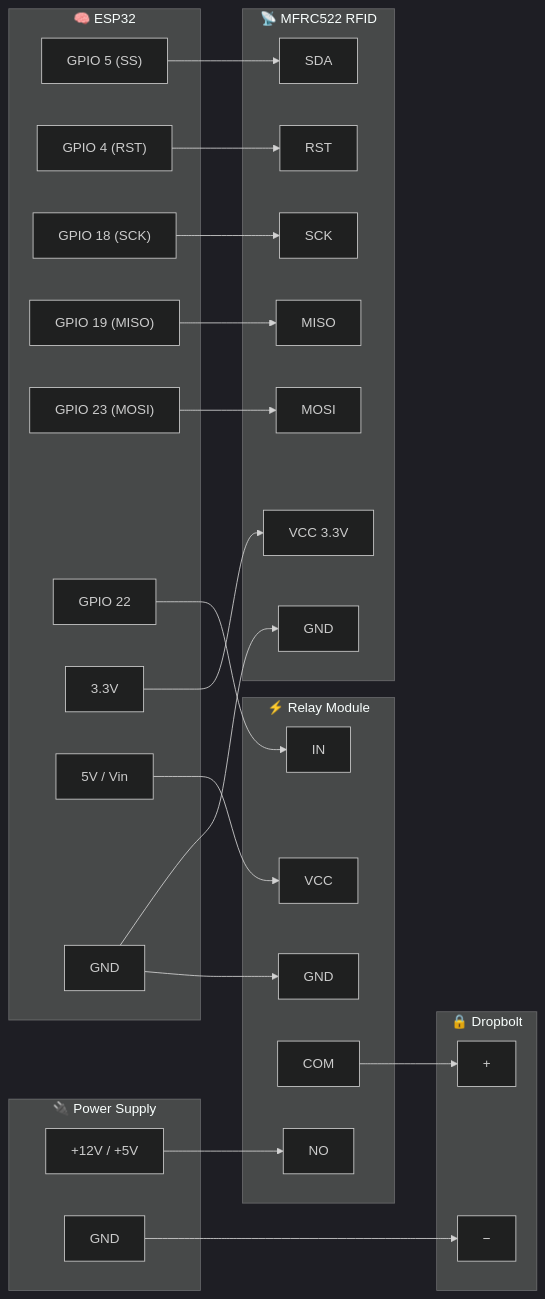
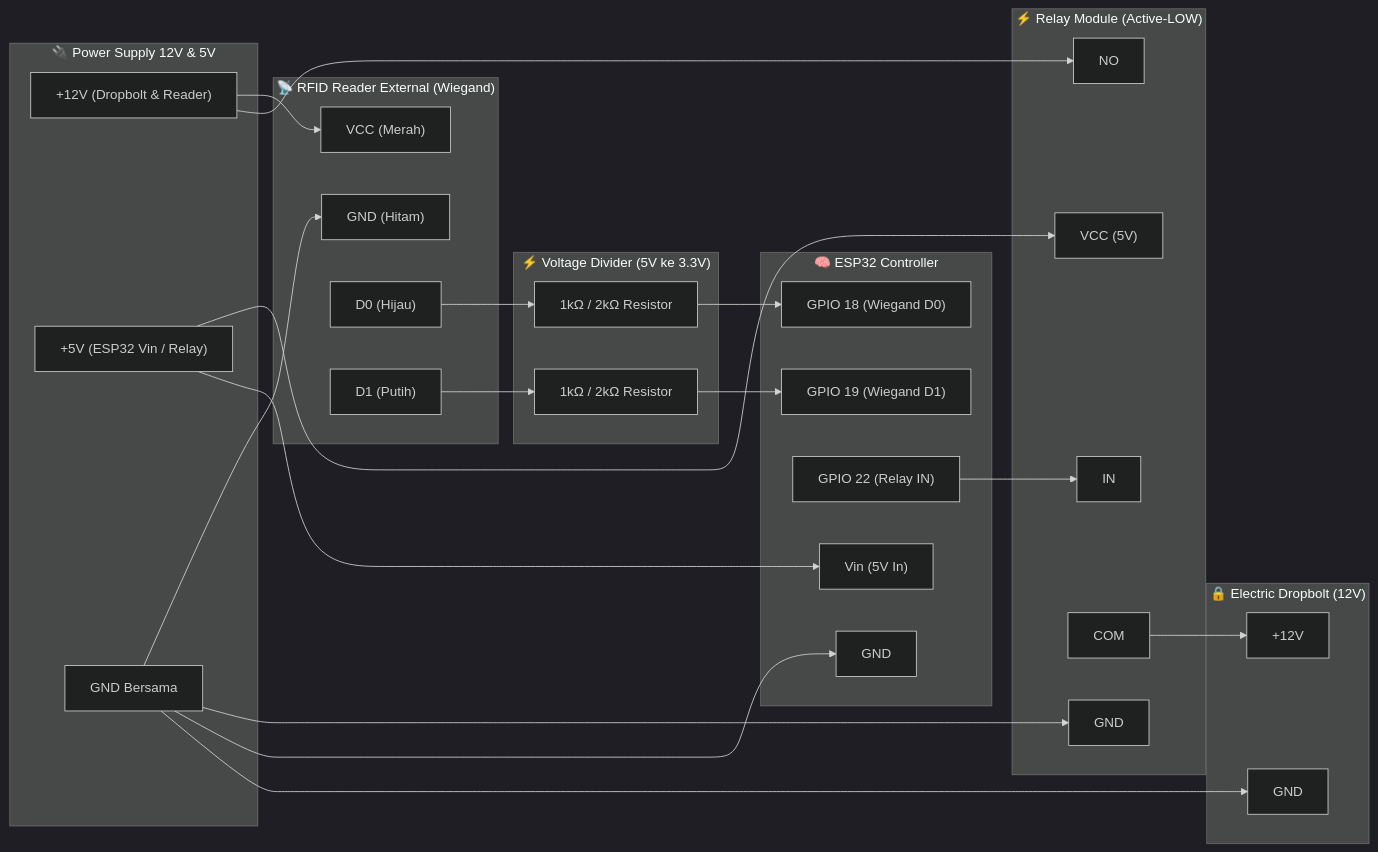
The first of 2 diagrams in SKEMA_PROJECT.md (Kyz-Riki/web-IoT-access-controll), drawn with Mermaid (dark theme) before and after one commit. The commit also changed other lines of this file and 23 other files, not shown here.

````diff
--- a/SKEMA_PROJECT.md
+++ b/SKEMA_PROJECT.md
@@ -62,61 +70,59 @@
 ```mermaid
 flowchart LR
-    subgraph PSU["🔌 Power Supply"]
-        PS_POS["+12V / +5V"]
-        PS_NEG["GND"]
+    subgraph PSU["🔌 Power Supply 12V & 5V"]
+        PS_12V["+12V (Dropbolt & Reader)"]
+        PS_5V["+5V (ESP32 Vin / Relay)"]
+        PS_GND["GND Bersama"]
     end
 
-    subgraph ESP["🧠 ESP32"]
-        GPIO5["GPIO 5 (SS)"]
-        GPIO4["GPIO 4 (RST)"]
-        GPIO18["GPIO 18 (SCK)"]
-        GPIO19["GPIO 19 (MISO)"]
-        GPIO23["GPIO 23 (MOSI)"]
-        GPIO22["GPIO 22"]
-        ESP_3V3["3.3V"]
-        ESP_5V["5V / Vin"]
+    subgraph RDR["📡 RFID Reader External (Wiegand)"]
+        VCC["VCC (Merah)"]
+        GND["GND (Hitam)"]
+        D0["D0 (Hijau)"]
+        D1["D1 (Putih)"]
+    end
+
+    subgraph DIV["⚡ Voltage Divider (5V ke 3.3V)"]
+        R_D0["1kΩ / 2kΩ Resistor"]
+        R_D1["1kΩ / 2kΩ Resistor"]
+    end
+
+    subgraph ESP["🧠 ESP32 Controller"]
+        GPIO18["GPIO 18 (Wiegand D0)"]
+        GPIO19["GPIO 19 (Wiegand D1)"]
+        GPIO22["GPIO 22 (Relay IN)"]
+        ESP_VIN["Vin (5V In)"]
         ESP_GND["GND"]
     end
 
-    subgraph RFID["📡 MFRC522 RFID"]
-        SDA["SDA"]
-        RST["RST"]
-        SCK["SCK"]
-        MISO["MISO"]
-        MOSI["MOSI"]
-        RFID_VCC["VCC 3.3V"]
-        RFID_GND["GND"]
-    end
-
-    subgraph RLY["⚡ Relay Module"]
+    subgraph RLY["⚡ Relay Module (Active-LOW)"]
         RLY_IN["IN"]
-        RLY_VCC["VCC"]
+        RLY_VCC["VCC (5V)"]
         RLY_GND["GND"]
         RLY_COM["COM"]
         RLY_NO["NO"]
     end
 
-    subgraph LOCK["🔒 Dropbolt"]
-        LOCK_POS["+"]
-        LOCK_NEG["−"]
+    subgraph LOCK["🔒 Electric Dropbolt (12V)"]
+        LOCK_POS["+12V"]
+        LOCK_NEG["GND"]
     end
 
-    %% RFID connections
-    GPIO5 --> SDA
-    GPIO4 --> RST
-    GPIO18 --> SCK
-    GPIO19 --> MISO
-    GPIO23 --> MOSI
-    ESP_3V3 --> RFID_VCC
-    ESP_GND --> RFID_GND
+    %% Hubungan Reader Wiegand
+    PS_12V --> VCC
+    PS_GND --> GND
+    D0 --> R_D0 --> GPIO18
+    D1 --> R_D1 --> GPIO19
 
-    %% Relay connections
+    %% Hubungan Relay & Power
     GPIO22 --> RLY_IN
-    ESP_5V --> RLY_VCC
-    ESP_GND --> RLY_GND
+    PS_5V --> RLY_VCC
+    PS_GND --> RLY_GND
+    PS_5V --> ESP_VIN
+    PS_GND --> ESP_GND
 
-    %% Dropbolt + Power
+    %% Hubungan Dropbolt
     RLY_COM --> LOCK_POS
-    PS_POS --> RLY_NO
-    PS_NEG --> LOCK_NEG
+    PS_12V --> RLY_NO
+    PS_GND --> LOCK_NEG
 ```
````
